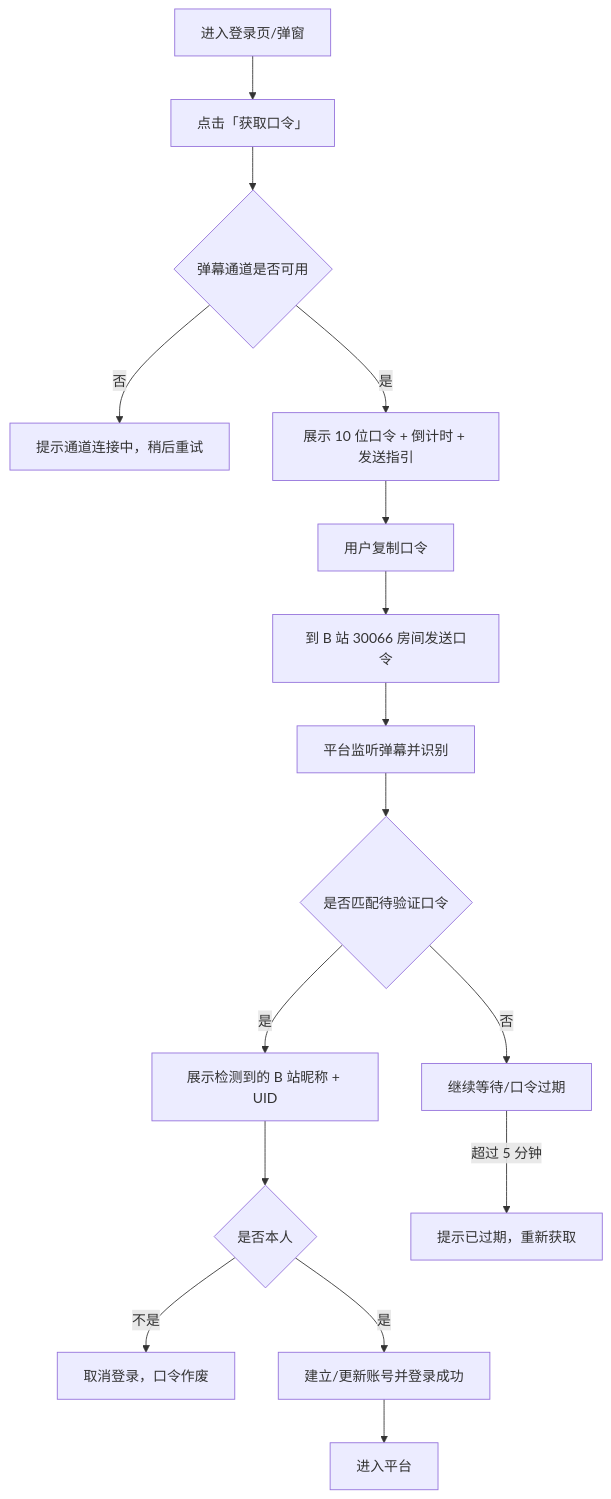
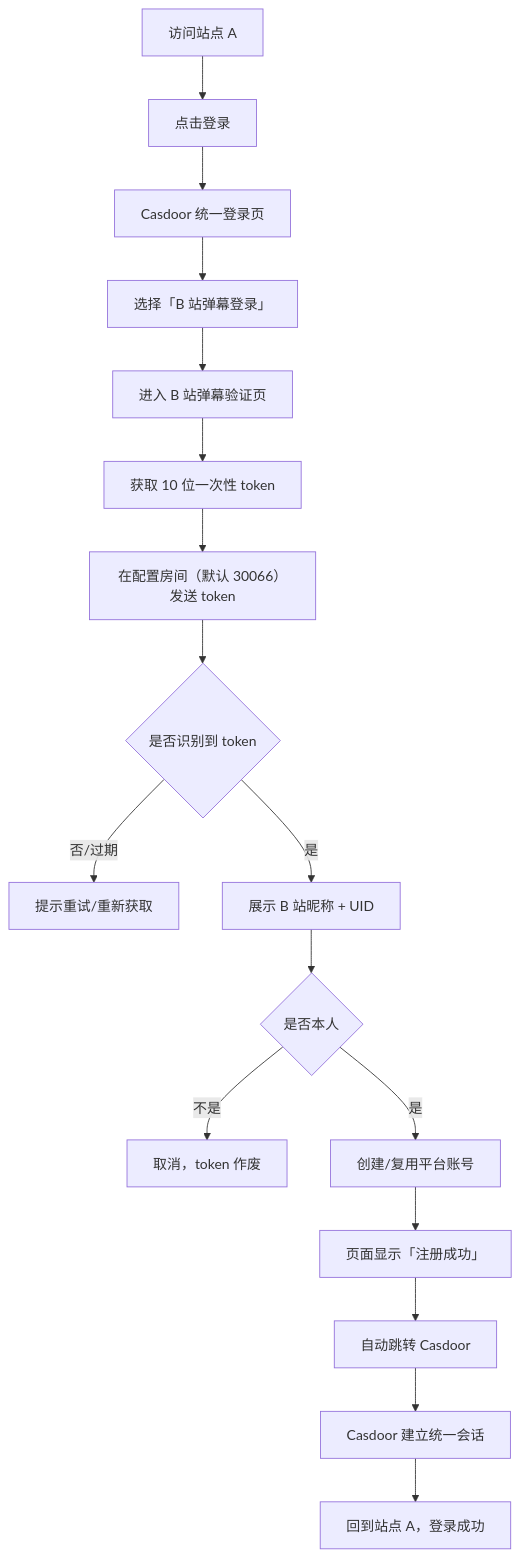
One commit to Deliay/z-vtuber changed the first of 4 diagrams in docs/product/draft/20261119-danmaku-account-auth-prd.md. Above: the diagram before and after it, drawn with Mermaid. The commit also changed other lines of this file and 1 other file, not shown here.

Commit message:
docs(auth): 返工 v2.0，改为多站点 Casdoor SSO 与多房间事件源

````diff
--- a/docs/product/draft/20261119-danmaku-account-auth-prd.md
+++ b/docs/product/draft/20261119-danmaku-account-auth-prd.md
@@ -157,18 +189,19 @@
 ```mermaid
 flowchart TD
-    A[进入登录页/弹窗] --> B[点击「获取口令」]
-    B --> C{弹幕通道是否可用}
-    C -->|否| C1[提示通道连接中，稍后重试]
-    C -->|是| D[展示 10 位口令 + 倒计时 + 发送指引]
-    D --> E[用户复制口令]
-    E --> F[到 B 站 30066 房间发送口令]
-    F --> G[平台监听弹幕并识别]
-    G --> H{是否匹配待验证口令}
-    H -->|否| I[继续等待/口令过期]
-    H -->|是| J[展示检测到的 B 站昵称 + UID]
+    A[访问站点 A] --> B[点击登录]
+    B --> C[Casdoor 统一登录页]
+    C --> D[选择「B 站弹幕登录」]
+    D --> E[进入 B 站弹幕验证页]
+    E --> F[获取 10 位一次性 token]
+    F --> G[在配置房间（默认 30066）发送 token]
+    G --> H{是否识别到 token}
+    H -->|否/过期| I[提示重试/重新获取]
+    H -->|是| J[展示 B 站昵称 + UID]
     J --> K{是否本人}
-    K -->|不是| L[取消登录，口令作废]
-    K -->|是| M[建立/更新账号并登录成功]
-    M --> N[进入平台]
-    I -->|超过 5 分钟| O[提示已过期，重新获取]
+    K -->|不是| L[取消，token 作废]
+    K -->|是| M[创建/复用平台账号]
+    M --> N[页面显示「注册成功」]
+    N --> O[自动跳转 Casdoor]
+    O --> P[Casdoor 建立统一会话]
+    P --> Q[回到站点 A，登录成功]
 ```
````
